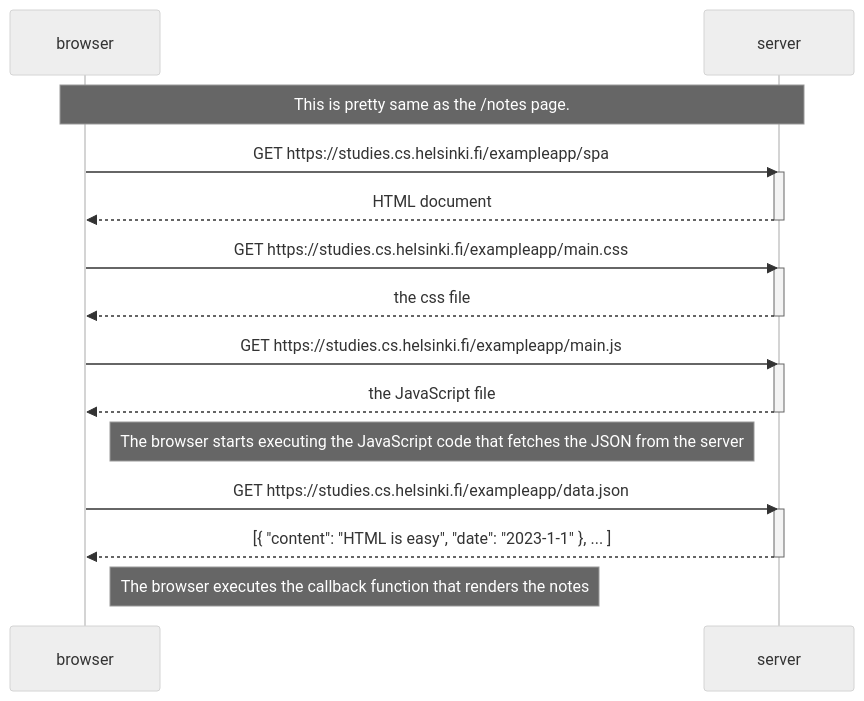
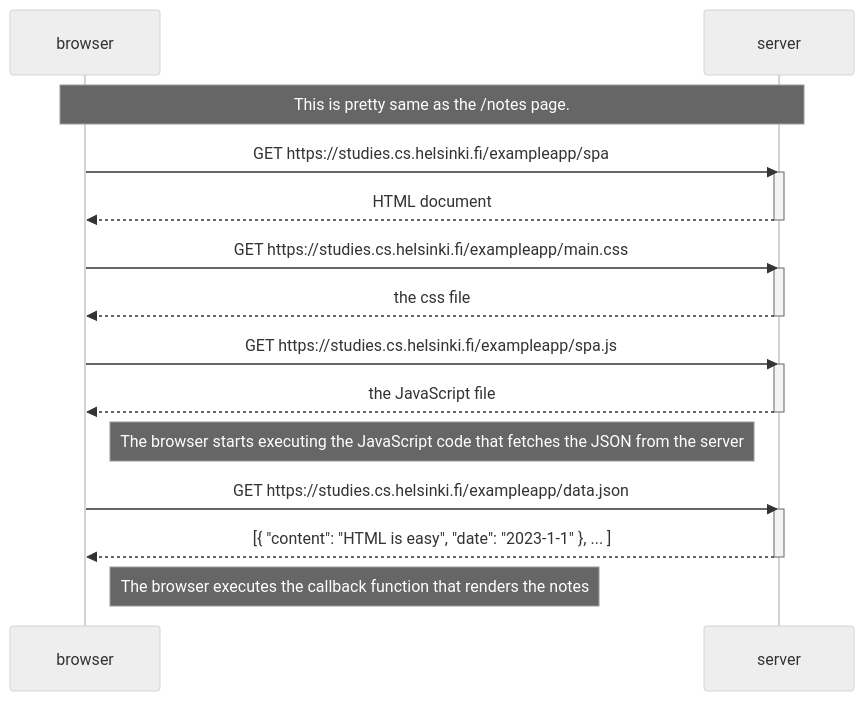
One commit to penguinhacker/fullstackopen-practice changed the diagram in part0/05.md. Above: the diagram before and after it, drawn with Mermaid (neutral theme).

````diff
--- a/part0/05.md
+++ b/part0/05.md
@@ -1,33 +1,33 @@
 ```mermaid
 sequenceDiagram
     participant browser
     participant server
 
     Note over browser, server: This is pretty same as the /notes page.
 
     browser->>server: GET https://studies.cs.helsinki.fi/exampleapp/spa
     activate server
     server-->>browser: HTML document
     deactivate server
 
     browser->>server: GET https://studies.cs.helsinki.fi/exampleapp/main.css
     activate server
     server-->>browser: the css file
     deactivate server
 
-    browser->>server: GET https://studies.cs.helsinki.fi/exampleapp/main.js
+    browser->>server: GET https://studies.cs.helsinki.fi/exampleapp/spa.js
     activate server
     server-->>browser: the JavaScript file
     deactivate server
 
     Note right of browser: The browser starts executing the JavaScript code that fetches the JSON from the server
 
     browser->>server: GET https://studies.cs.helsinki.fi/exampleapp/data.json
     activate server
     server-->>browser: [{ "content": "HTML is easy", "date": "2023-1-1" }, ... ]
     deactivate server
 
     Note right of browser: The browser executes the callback function that renders the notes
 
 
 ```
````
